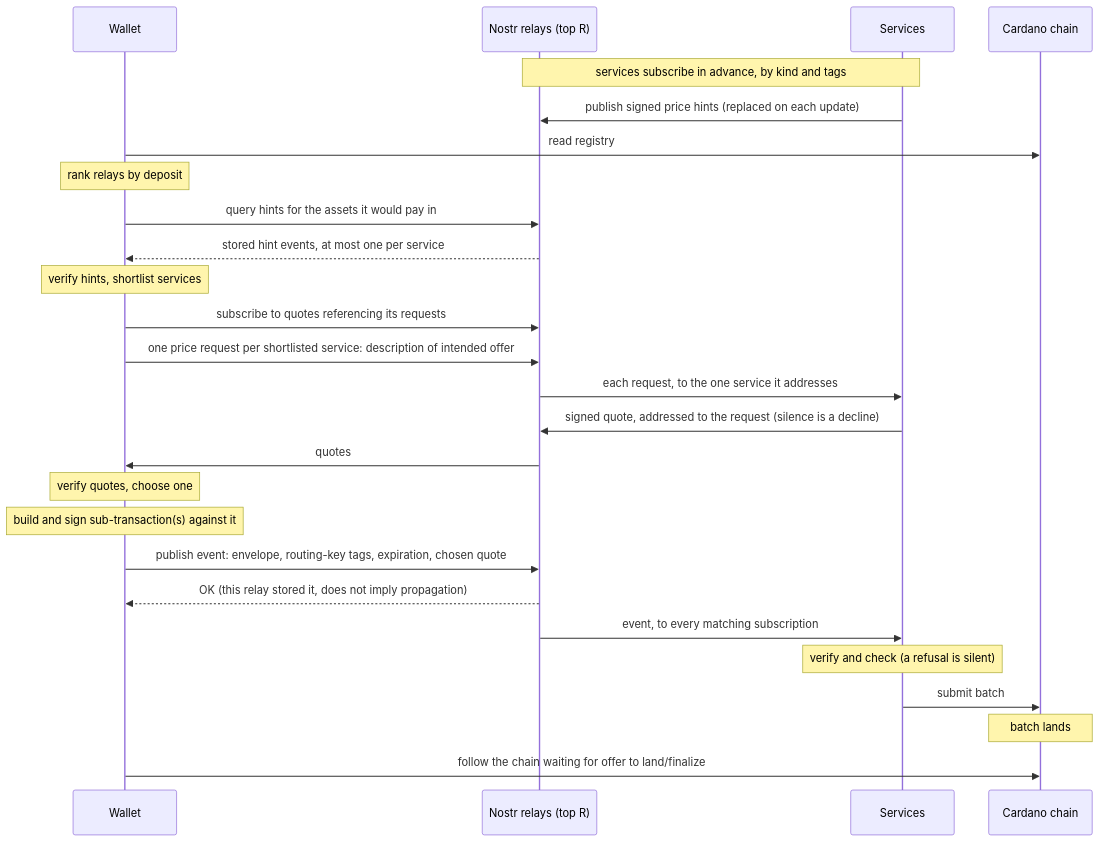
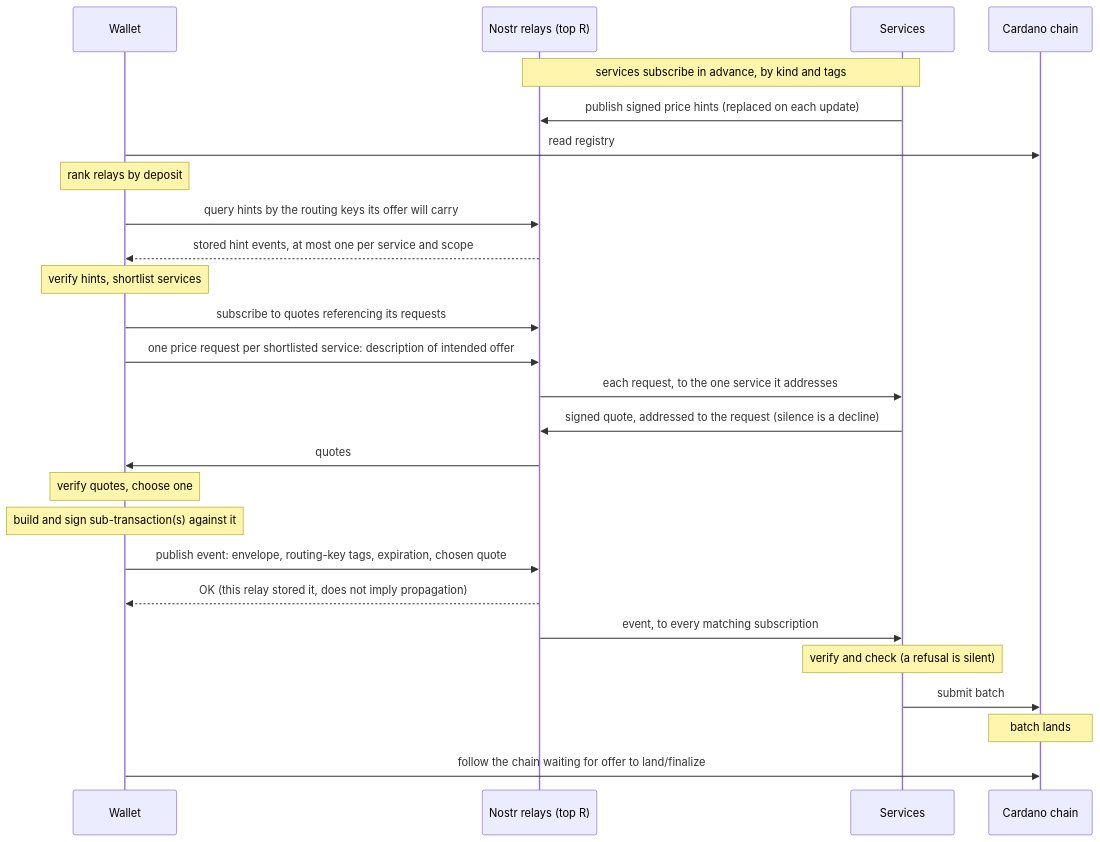
Before and after one commit to cardano-foundation/CIPs: the third of 3 diagrams in CIP-0198/README.md, drawn with Mermaid. The commit also changed other lines of this file, not shown here.

Commit message:
allow scoped price hints

````diff
--- a/CIP-0198/README.md
+++ b/CIP-0198/README.md
@@ -145,29 +145,29 @@
 ```mermaid
 sequenceDiagram
   participant W as Wallet
   participant R as Nostr relays (top R)
   participant S as Services
   participant C as Cardano chain
 
   Note over R,S: services subscribe in advance, by kind and tags
   S->>R: publish signed price hints (replaced on each update)
   W->>C: read registry
   Note over W: rank relays by deposit
-  W->>R: query hints for the assets it would pay in
-  R-->>W: stored hint events, at most one per service
+  W->>R: query hints by the routing keys its offer will carry
+  R-->>W: stored hint events, at most one per service and scope
   Note over W: verify hints, shortlist services
   W->>R: subscribe to quotes referencing its requests
   W->>R: one price request per shortlisted service: description of intended offer
   R->>S: each request, to the one service it addresses
   S->>R: signed quote, addressed to the request (silence is a decline)
   R->>W: quotes
   Note over W: verify quotes, choose one
   Note over W: build and sign sub-transaction(s) against it
   W->>R: publish event: envelope, routing-key tags, expiration, chosen quote
   R-->>W: OK (this relay stored it, does not imply propagation)
   R->>S: event, to every matching subscription
   Note over S: verify and check (a refusal is silent)
   S->>C: submit batch
   Note over C: batch lands
   W->>C: follow the chain waiting for offer to land/finalize
 ```
````
